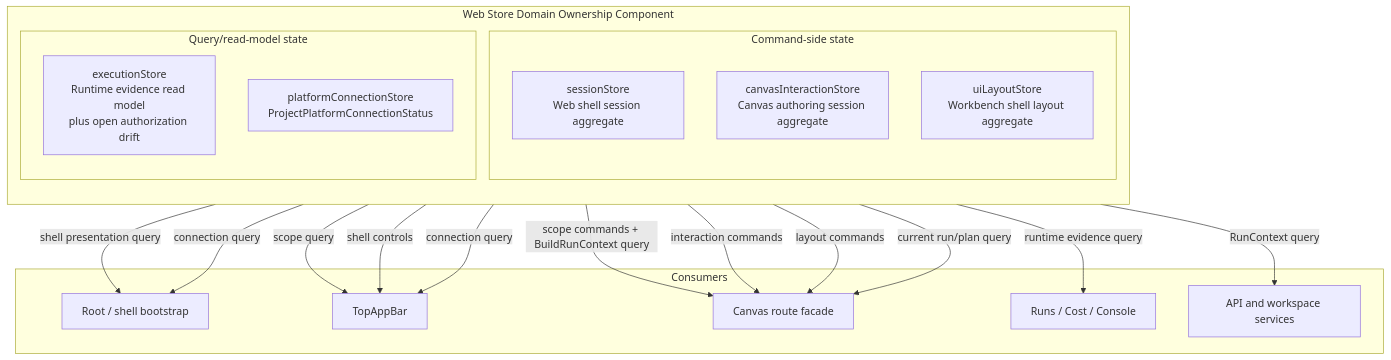
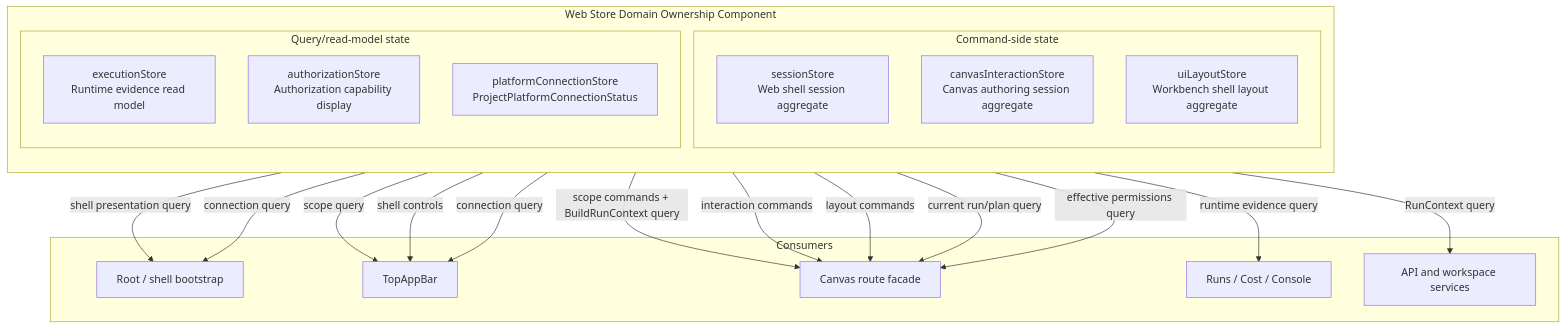
The first of 3 diagrams in docs/architecture/components/web/web-store-domain-ownership-component.md (dunay2/dvt), drawn with Mermaid before and after one commit. The commit also changed other lines of this file and 26 other files, not shown here.

Commit message:
refactor(web): Hard cut authorization store ownership

````diff
--- a/docs/architecture/components/web/web-store-domain-ownership-component.md
+++ b/docs/architecture/components/web/web-store-domain-ownership-component.md
@@ -50,37 +51,39 @@
 ```mermaid
 flowchart TB
   subgraph Component["Web Store Domain Ownership Component"]
     direction TB
 
     subgraph Commands["Command-side state"]
       Session["sessionStore<br/>Web shell session aggregate"]
       Canvas["canvasInteractionStore<br/>Canvas authoring session aggregate"]
       Layout["uiLayoutStore<br/>Workbench shell layout aggregate"]
     end
 
     subgraph Queries["Query/read-model state"]
-      Execution["executionStore<br/>Runtime evidence read model<br/>plus open authorization drift"]
+      Execution["executionStore<br/>Runtime evidence read model"]
+      Authorization["authorizationStore<br/>Authorization capability display"]
       PlatformStatus["platformConnectionStore<br/>ProjectPlatformConnectionStatus"]
     end
   end
 
   subgraph Consumers["Consumers"]
     Root["Root / shell bootstrap"]
     TopBar["TopAppBar"]
     CanvasRoute["Canvas route facade"]
     RunViews["Runs / Cost / Console"]
     ApiClients["API and workspace services"]
   end
 
   Session -- "scope commands + BuildRunContext query" --> CanvasRoute
   Session -- "scope query" --> TopBar
   Session -- "RunContext query" --> ApiClients
   Canvas -- "interaction commands" --> CanvasRoute
   Layout -- "layout commands" --> CanvasRoute
   Layout -- "shell presentation query" --> Root
   Layout -- "shell controls" --> TopBar
   Execution -- "current run/plan query" --> CanvasRoute
   Execution -- "runtime evidence query" --> RunViews
+  Authorization -- "effective permissions query" --> CanvasRoute
   PlatformStatus -- "connection query" --> Root
   PlatformStatus -- "connection query" --> TopBar
 ```
````
